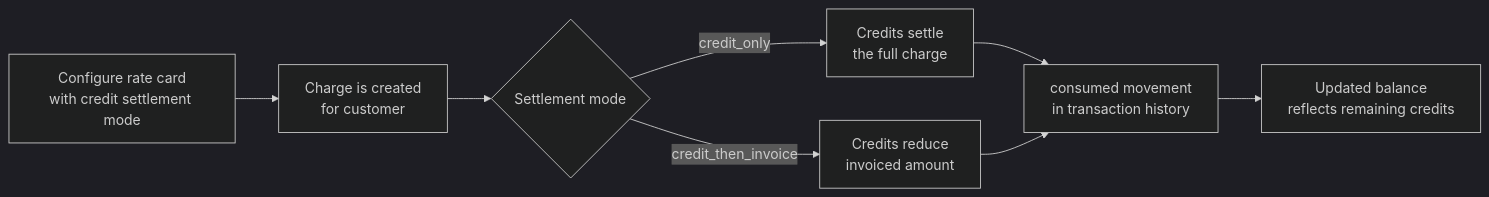
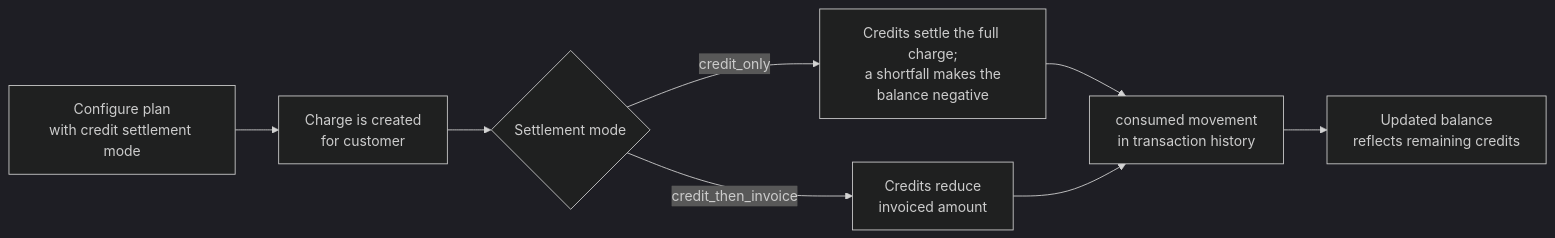
One commit to Kong/developer.konghq.com changed the fifth of 6 diagrams in app/metering-and-billing/credits/operational-flows.md. Above: the diagram before and after it, drawn with Mermaid (dark theme). The commit also changed other lines of this file and 8 other files, not shown here.

```diff
--- a/app/metering-and-billing/credits/operational-flows.md
+++ b/app/metering-and-billing/credits/operational-flows.md
@@ -144,9 +149,9 @@
 {% mermaid %}
 flowchart LR
-    A["Configure rate card\nwith credit settlement mode"] --> B["Charge is created\nfor customer"]
+    A["Configure plan\nwith credit settlement mode"] --> B["Charge is created\nfor customer"]
     B --> C{"Settlement mode"}
-    C -->|credit_only| D["Credits settle\nthe full charge"]
+    C -->|credit_only| D["Credits settle the full charge;\na shortfall makes the\nbalance negative"]
     C -->|credit_then_invoice| E["Credits reduce\ninvoiced amount"]
     D & E --> F["consumed movement\nin transaction history"]
     F --> G["Updated balance\nreflects remaining credits"]
 {% endmermaid %}
```
